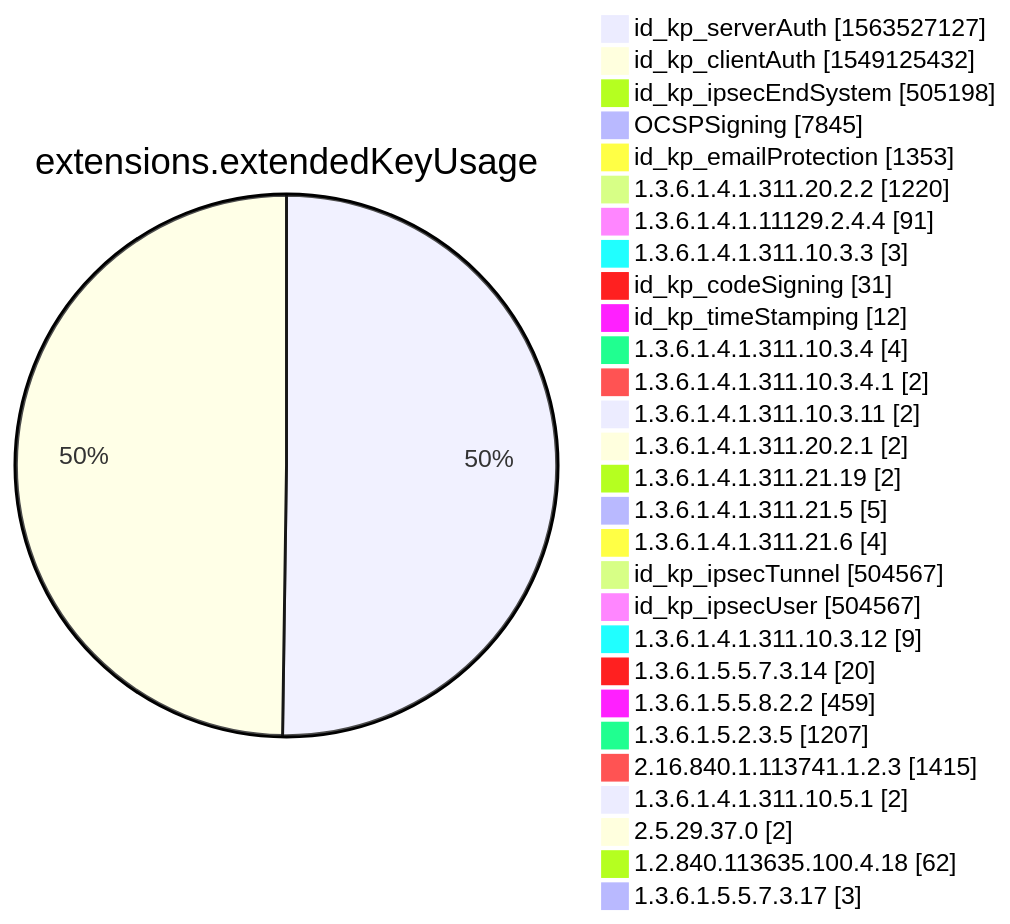
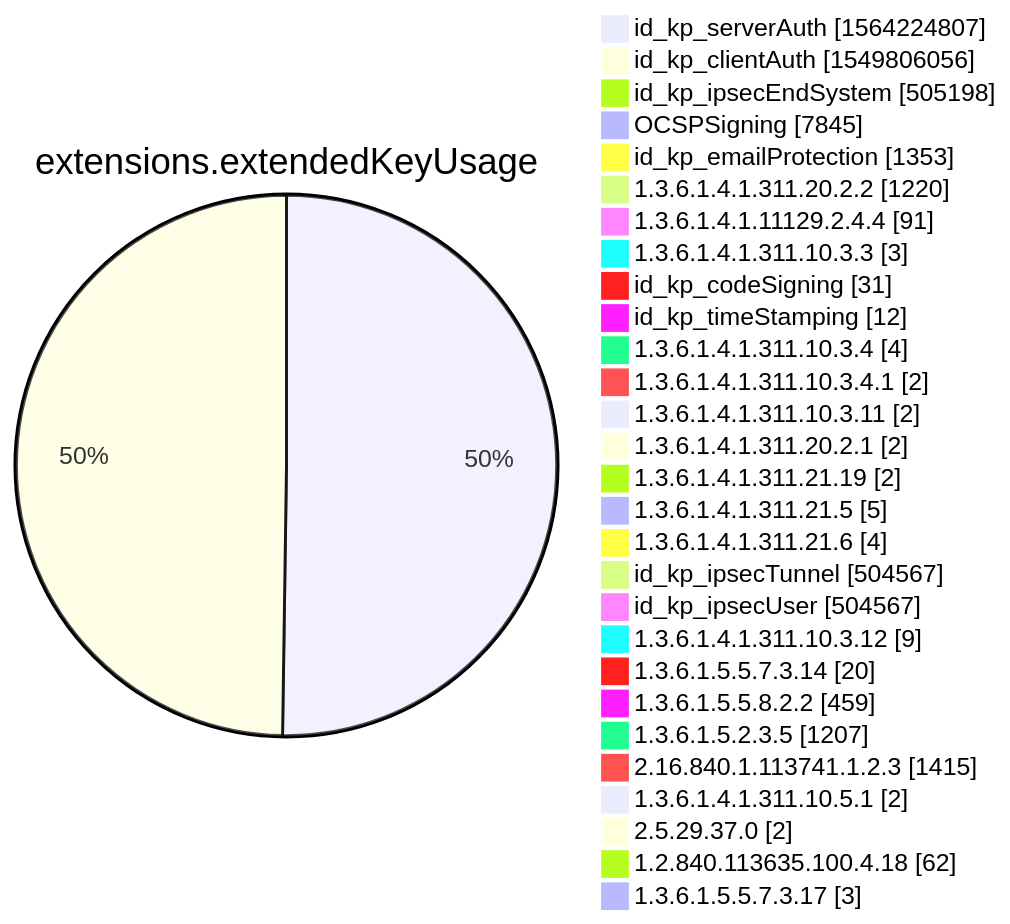
One commit to christiankrug/ctmonitor_visualization changed diagram 12 of 15 in xenon2022/README.md. Above: the diagram before and after it, drawn with Mermaid. The commit also changed other lines of this file, not shown here.

````diff
--- a/xenon2022/README.md
+++ b/xenon2022/README.md
@@ -3883,32 +3883,32 @@
 ```mermaid
 pie showData
 title extensions.extendedKeyUsage
-"id_kp_serverAuth" :1563527127
-"id_kp_clientAuth" :1549125432
+"id_kp_serverAuth" :1564224807
+"id_kp_clientAuth" :1549806056
 "id_kp_ipsecEndSystem" :505198
 "OCSPSigning" :7845
 "id_kp_emailProtection" :1353
 "1.3.6.1.4.1.311.20.2.2" :1220
 "1.3.6.1.4.1.11129.2.4.4" :91
 "1.3.6.1.4.1.311.10.3.3" :3
 "id_kp_codeSigning" :31
 "id_kp_timeStamping" :12
 "1.3.6.1.4.1.311.10.3.4" :4
 "1.3.6.1.4.1.311.10.3.4.1" :2
 "1.3.6.1.4.1.311.10.3.11" :2
 "1.3.6.1.4.1.311.20.2.1" :2
 "1.3.6.1.4.1.311.21.19" :2
 "1.3.6.1.4.1.311.21.5" :5
 "1.3.6.1.4.1.311.21.6" :4
 "id_kp_ipsecTunnel" :504567
 "id_kp_ipsecUser" :504567
 "1.3.6.1.4.1.311.10.3.12" :9
 "1.3.6.1.5.5.7.3.14" :20
 "1.3.6.1.5.5.8.2.2" :459
 "1.3.6.1.5.2.3.5" :1207
 "2.16.840.1.113741.1.2.3" :1415
 "1.3.6.1.4.1.311.10.5.1" :2
 "2.5.29.37.0" :2
 "1.2.840.113635.100.4.18" :62
 "1.3.6.1.5.5.7.3.17" :3
 ```
````
